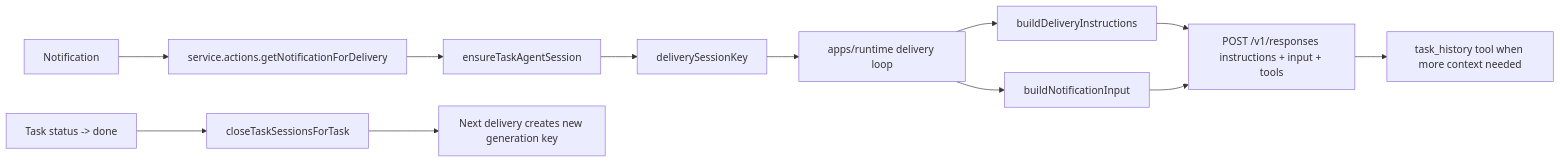
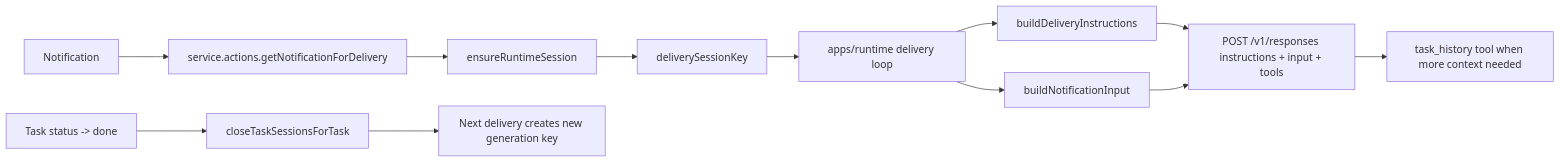
Before and after one commit to 0xGeegZ/openclaw-mission-control: the diagram in .cursor/plans/task-scoped-session-isolation_df62b9c2.plan.md, drawn with Mermaid. The commit also changed other lines of this file and 20 other files, not shown here.

````diff
--- a/.cursor/plans/task-scoped-session-isolation_df62b9c2.plan.md
+++ b/.cursor/plans/task-scoped-session-isolation_df62b9c2.plan.md
@@ -116,14 +119,14 @@
 ```mermaid
 flowchart LR
   notif[Notification] --> actionGet[service.actions.getNotificationForDelivery]
-  actionGet --> resolver[ensureTaskAgentSession]
+  actionGet --> resolver[ensureRuntimeSession]
   resolver --> key[deliverySessionKey]
   key --> runtimeDelivery[apps/runtime delivery loop]
   runtimeDelivery --> instructionBuilder[buildDeliveryInstructions]
   runtimeDelivery --> inputBuilder[buildNotificationInput]
   instructionBuilder --> gatewaySend[POST /v1/responses instructions + input + tools]
   inputBuilder --> gatewaySend
   gatewaySend --> toolCall[task_history tool when more context needed]
   statusDone[Task status -> done] --> closeSessions[closeTaskSessionsForTask]
   closeSessions --> reopenNext[Next delivery creates new generation key]
 ```
````
